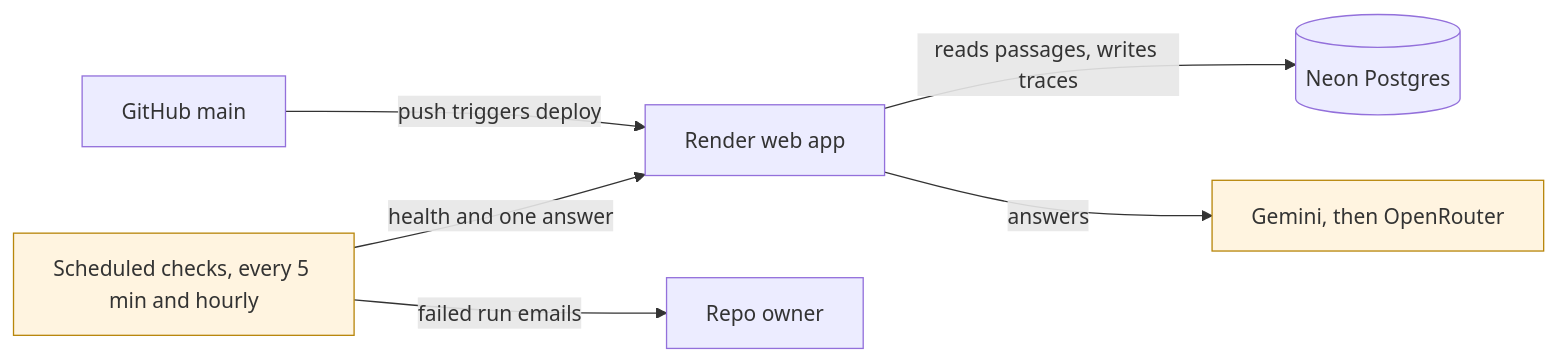
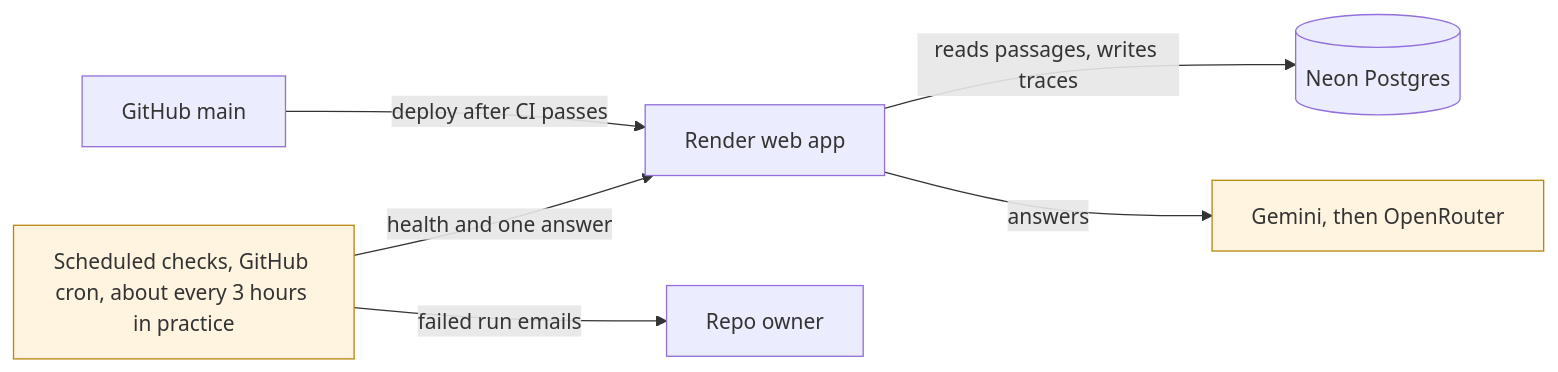
The diagram in docs/runbook.md (pokhriyal-anmol/research-copilot), drawn with Mermaid before and after one commit. The commit also changed other lines of this file and 2 other files, not shown here.

````diff
--- a/docs/runbook.md
+++ b/docs/runbook.md
@@ -5,10 +5,10 @@
 ```mermaid
 flowchart LR
-  gh[GitHub main] -->|push triggers deploy| render[Render web app]
+  gh[GitHub main] -->|deploy after CI passes| render[Render web app]
   render -->|reads passages, writes traces| neon[(Neon Postgres)]
   render -->|answers| llm[Gemini, then OpenRouter]
-  checks[Scheduled checks, every 5 min and hourly] -->|health and one answer| render
+  checks[Scheduled checks, GitHub cron, about every 3 hours in practice] -->|health and one answer| render
   checks -->|failed run emails| owner[Repo owner]
   classDef ext fill:#fff4e0,stroke:#b8860b
   class llm,checks ext
 ```
````
